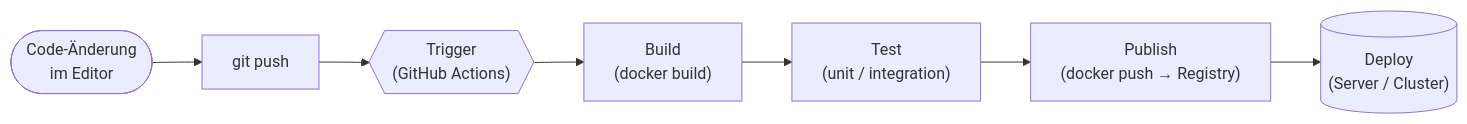
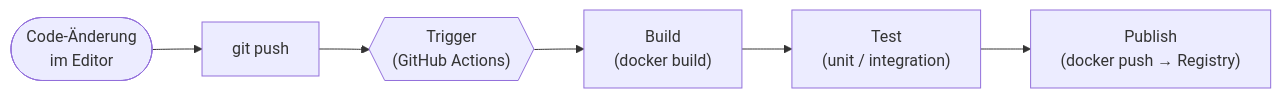
Before and after one commit to JacobMenge/kurs-unterlagen: the diagram in docs/ci-cd/index.md, drawn with Mermaid. The commit also changed other lines of this file and 13 other files, not shown here.

````diff
--- a/docs/ci-cd/index.md
+++ b/docs/ci-cd/index.md
@@ -91,9 +62,8 @@
 ```mermaid
 flowchart LR
   DEV(["Code-Änderung<br/>im Editor"]) --> PUSH["git push"]
   PUSH --> TRIG{{"Trigger<br/>(GitHub Actions)"}}
   TRIG --> BUILD["Build<br/>(docker build)"]
   BUILD --> TEST["Test<br/>(unit / integration)"]
   TEST --> PUBL["Publish<br/>(docker push → Registry)"]
-  PUBL --> DEPL[("Deploy<br/>(Server / Cluster)")]
 ```
````
